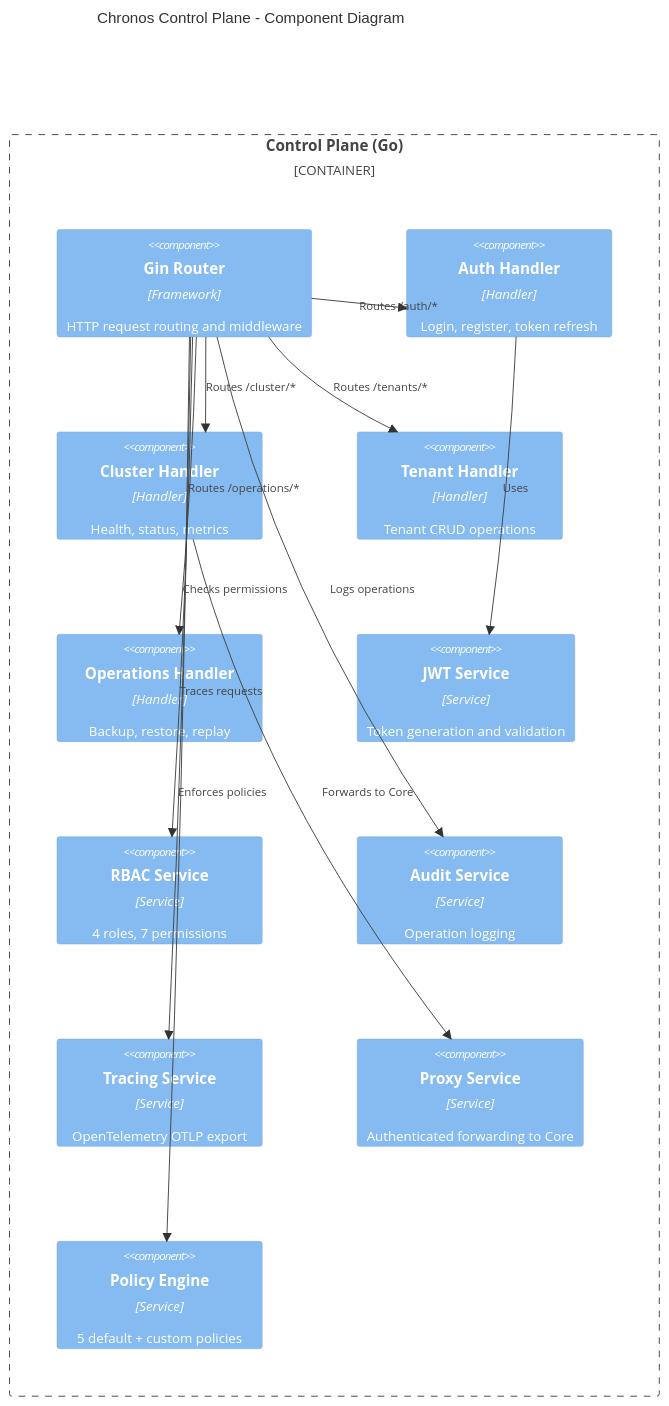
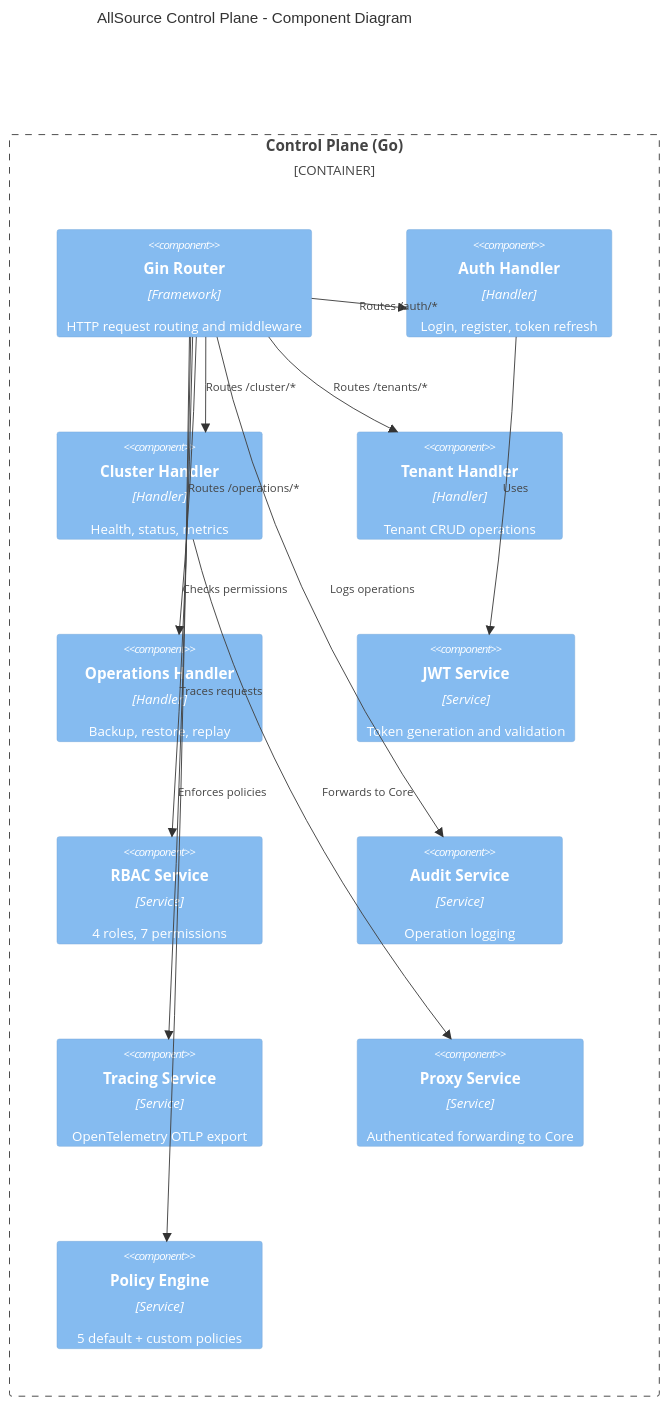
One commit to all-source-os/chronos-monorepo changed the fourth of 8 diagrams in docs/sales/diagrams/C4_ARCHITECTURE_MERMAID.md. Above: the diagram before and after it, drawn with Mermaid. The commit also changed other lines of this file and 126 other files, not shown here.

````diff
--- a/docs/sales/diagrams/C4_ARCHITECTURE_MERMAID.md
+++ b/docs/sales/diagrams/C4_ARCHITECTURE_MERMAID.md
@@ -146,36 +146,36 @@
 ```mermaid
 C4Component
-    title Chronos Control Plane - Component Diagram
+    title AllSource Control Plane - Component Diagram
 
     Container_Boundary(cp, "Control Plane (Go)") {
 
         Component(router, "Gin Router", "Framework", "HTTP request routing and middleware")
 
         Component(authHandler, "Auth Handler", "Handler", "Login, register, token refresh")
         Component(clusterHandler, "Cluster Handler", "Handler", "Health, status, metrics")
         Component(tenantHandler, "Tenant Handler", "Handler", "Tenant CRUD operations")
         Component(opsHandler, "Operations Handler", "Handler", "Backup, restore, replay")
 
         Component(jwtService, "JWT Service", "Service", "Token generation and validation")
         Component(rbacService, "RBAC Service", "Service", "4 roles, 7 permissions")
         Component(auditService, "Audit Service", "Service", "Operation logging")
         Component(traceService, "Tracing Service", "Service", "OpenTelemetry OTLP export")
         Component(proxyService, "Proxy Service", "Service", "Authenticated forwarding to Core")
 
         Component(policyEngine, "Policy Engine", "Service", "5 default + custom policies")
     }
 
     Rel(router, authHandler, "Routes /auth/*")
     Rel(router, clusterHandler, "Routes /cluster/*")
     Rel(router, tenantHandler, "Routes /tenants/*")
     Rel(router, opsHandler, "Routes /operations/*")
 
     Rel(authHandler, jwtService, "Uses")
     Rel(router, rbacService, "Checks permissions")
     Rel(router, auditService, "Logs operations")
     Rel(router, traceService, "Traces requests")
     Rel(router, policyEngine, "Enforces policies")
     Rel(clusterHandler, proxyService, "Forwards to Core")
 
     UpdateLayoutConfig($c4ShapeInRow="4", $c4BoundaryInRow="1")
 ```
````
